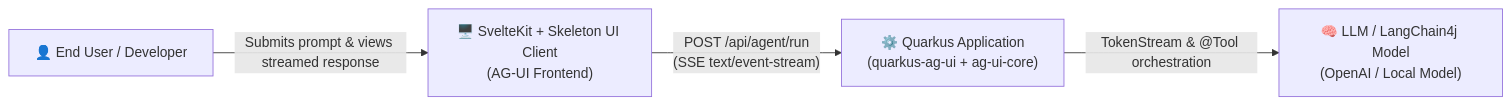
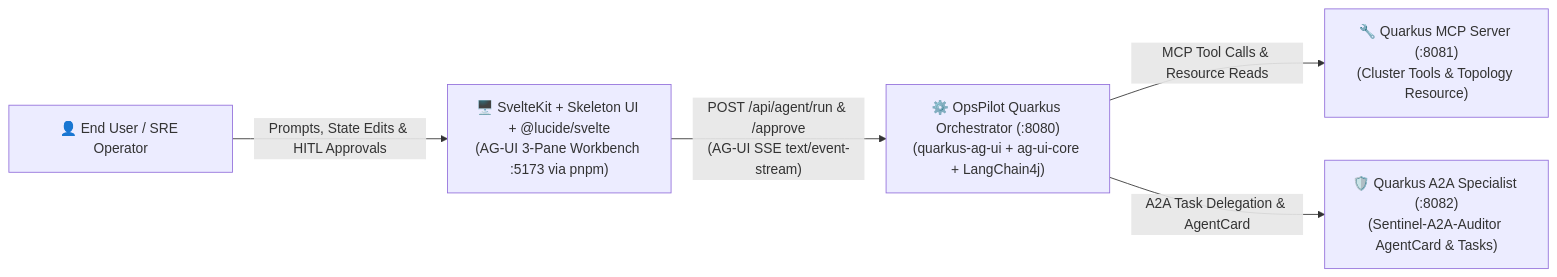
Before and after one commit to fmatar/quarkus-agui: the first of 3 diagrams in docs/specs/C4_ARCHITECTURE.md, drawn with Mermaid. The commit also changed other lines of this file and 59 other files, not shown here.

Commit message:
feat(wave1): implement Quarkus MCP (:8081) & A2A (:8082) servers and ADR-002 (#2)

````diff
--- a/docs/specs/C4_ARCHITECTURE.md
+++ b/docs/specs/C4_ARCHITECTURE.md
@@ -5,11 +5,13 @@
 ```mermaid
 flowchart LR
-    User["👤 End User / Developer"]
-    Client["🖥️ SvelteKit + Skeleton UI Client\n(AG-UI Frontend)"]
-    Backend["⚙️ Quarkus Application\n(quarkus-ag-ui + ag-ui-core)"]
-    LLM["🧠 LLM / LangChain4j Model\n(OpenAI / Local Model)"]
+    User["👤 End User / SRE Operator"]
+    Client["🖥️ SvelteKit + Skeleton UI + @lucide/svelte\n(AG-UI 3-Pane Workbench :5173 via pnpm)"]
+    Backend["⚙️ OpsPilot Quarkus Orchestrator (:8080)\n(quarkus-ag-ui + ag-ui-core + LangChain4j)"]
+    McpServer["🔧 Quarkus MCP Server (:8081)\n(Cluster Tools & Topology Resource)"]
+    A2aServer["🛡️ Quarkus A2A Specialist (:8082)\n(Sentinel-A2A-Auditor AgentCard & Tasks)"]
 
-    User -->|"Submits prompt & views streamed response"| Client
-    Client -->|"POST /api/agent/run\n(SSE text/event-stream)"| Backend
-    Backend -->|"TokenStream & @Tool orchestration"| LLM
+    User -->|"Prompts, State Edits & HITL Approvals"| Client
+    Client -->|"POST /api/agent/run & /approve\n(AG-UI SSE text/event-stream)"| Backend
+    Backend -->|"MCP Tool Calls & Resource Reads"| McpServer
+    Backend -->|"A2A Task Delegation & AgentCard"| A2aServer
 ```
````
